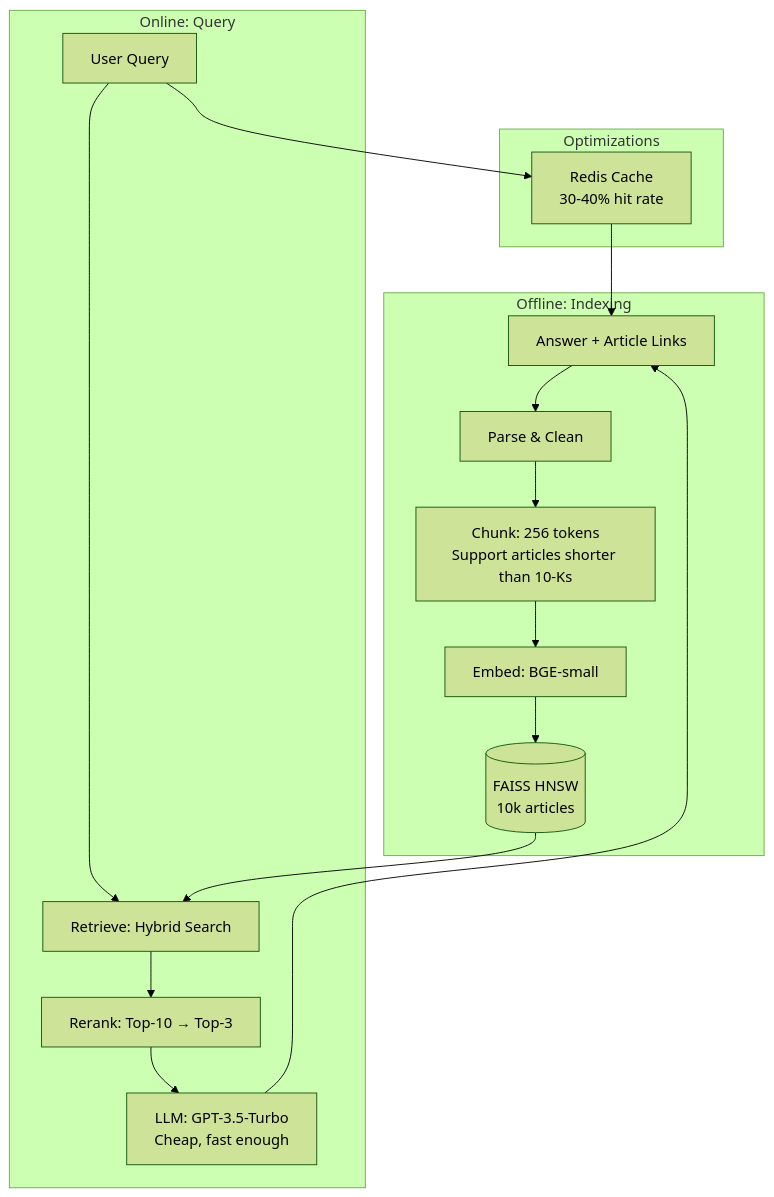
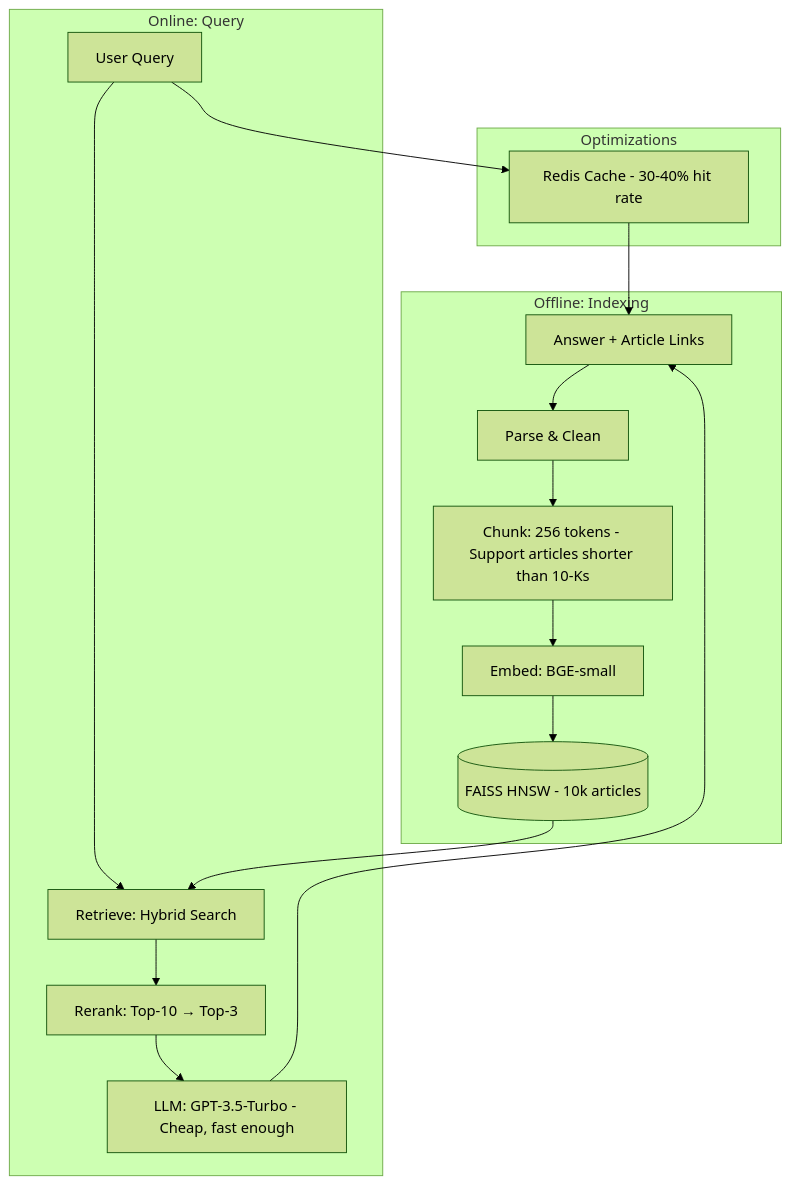
The first of 3 diagrams in docs/learning/10-interview-prep.md (indhra/llm_rag_sec_findings), drawn with Mermaid (forest theme) before and after one commit. The commit also changed other lines of this file and 9 other files, not shown here.

````diff
--- a/docs/learning/10-interview-prep.md
+++ b/docs/learning/10-interview-prep.md
@@ -394,22 +394,22 @@
 ```mermaid
 graph TB
     subgraph "Offline: Indexing"
         A[Support Articles] --> P[Parse & Clean]
-        P --> C[Chunk: 256 tokens<br/>Support articles shorter than 10-Ks]
+        P --> C[Chunk: 256 tokens - Support articles shorter than 10-Ks]
         C --> E[Embed: BGE-small]
-        E --> V[(FAISS HNSW<br/>10k articles)]
+        E --> V[(FAISS HNSW - 10k articles)]
     end
     
     subgraph "Online: Query"
         Q[User Query] --> R[Retrieve: Hybrid Search]
         V --> R
         R --> RR[Rerank: Top-10 → Top-3]
-        RR --> LLM[LLM: GPT-3.5-Turbo<br/>Cheap, fast enough]
+        RR --> LLM[LLM: GPT-3.5-Turbo - Cheap, fast enough]
         LLM --> A[Answer + Article Links]
     end
     
     subgraph "Optimizations"
-        Q --> Cache[Redis Cache<br/>30-40% hit rate]
+        Q --> Cache[Redis Cache - 30-40% hit rate]
         Cache --> A
     end
 ```
````
